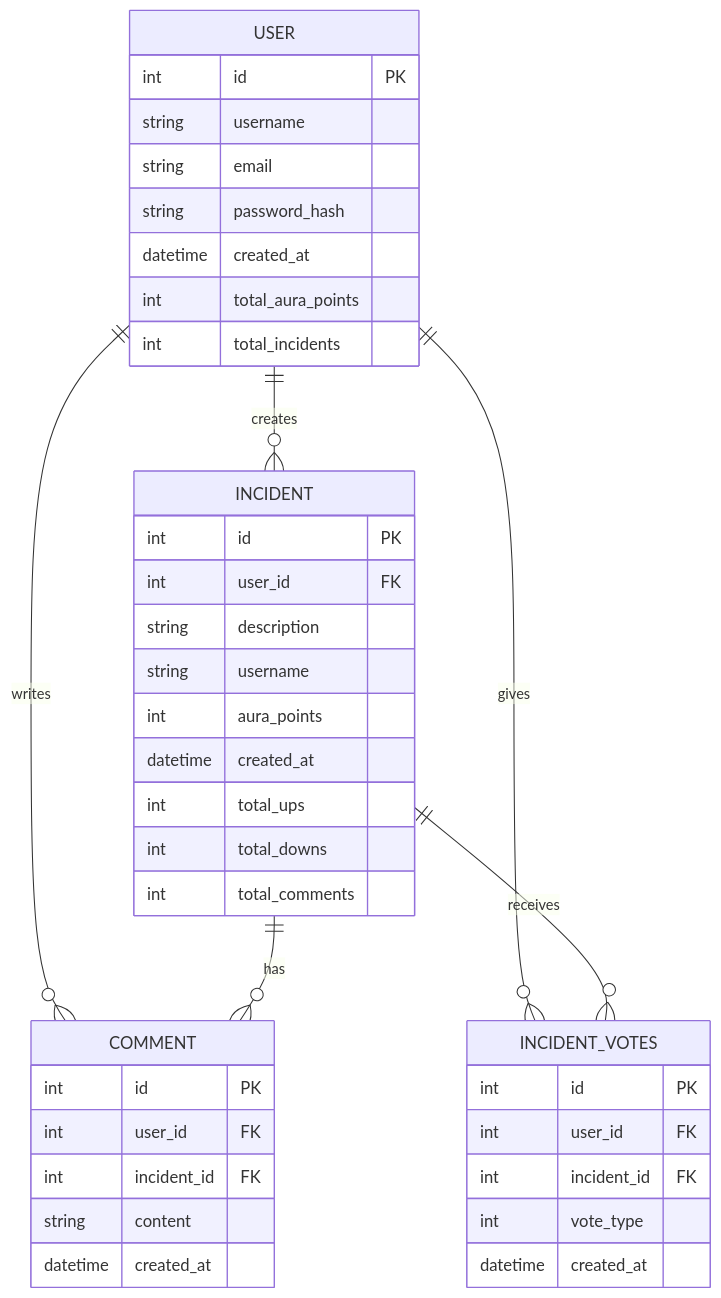
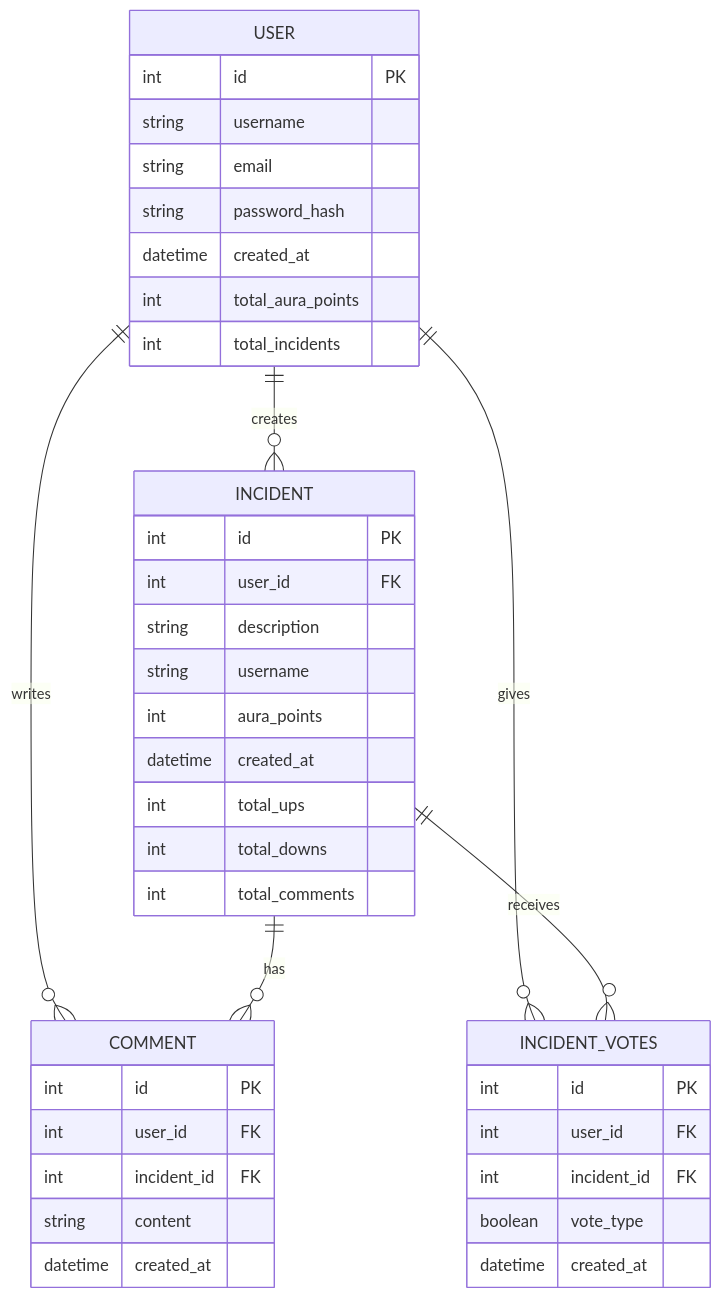
The diagram in README.md (DebmalyaSen34/aura-io), drawn with Mermaid before and after one commit. The commit also changed 5 other files, not shown here.

````diff
--- a/README.md
+++ b/README.md
@@ -8,42 +8,42 @@
 ```mermaid
 erDiagram
     USER {
         int id PK
         string username
         string email
         string password_hash
         datetime created_at
         int total_aura_points
         int total_incidents
     }
     INCIDENT {
         int id PK
         int user_id FK
         string description
         string username
         int aura_points
         datetime created_at
         int total_ups
         int total_downs
         int total_comments
     }
     COMMENT {
         int id PK
         int user_id FK
         int incident_id FK
         string content
         datetime created_at
     }
     INCIDENT_VOTES {
         int id PK
         int user_id FK
         int incident_id FK
-        int vote_type
+        boolean vote_type
         datetime created_at
     }
     USER ||--o{ INCIDENT : "creates"
     USER ||--o{ COMMENT : "writes"
     USER ||--o{ INCIDENT_VOTES : "gives"
     INCIDENT ||--o{ COMMENT : "has"
     INCIDENT ||--o{ INCIDENT_VOTES : "receives"
 ```
````
